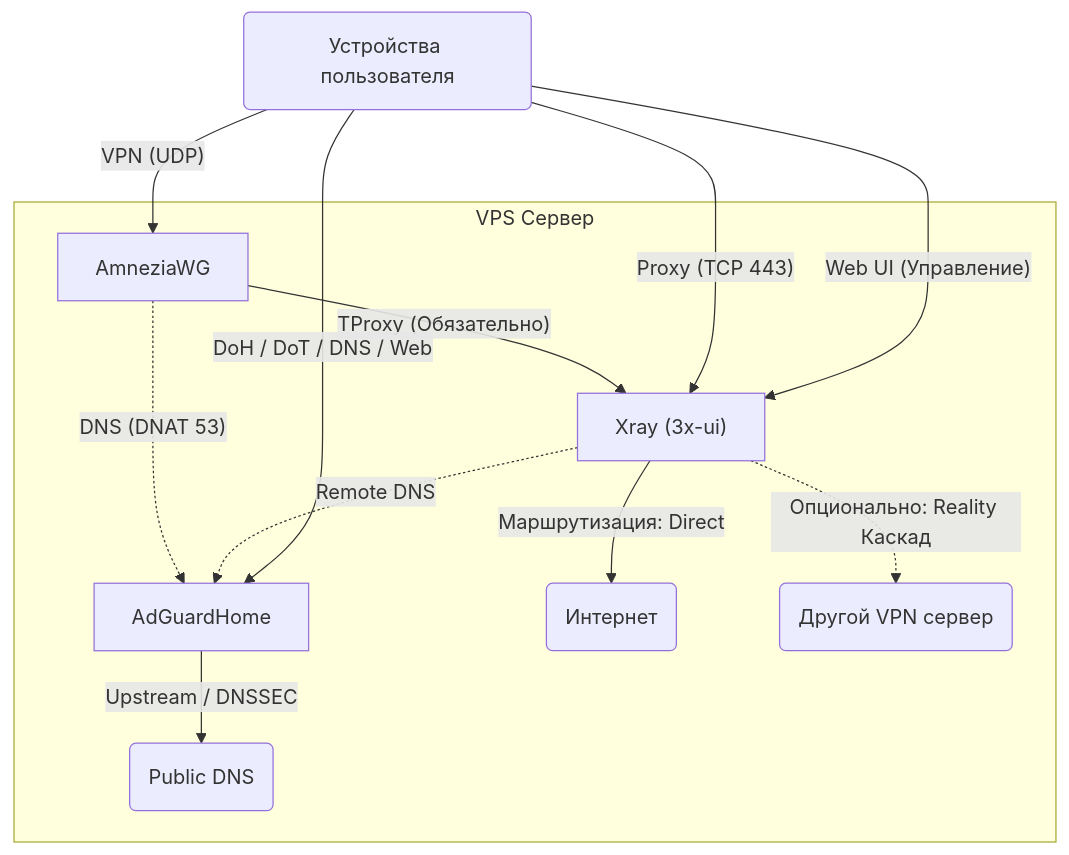
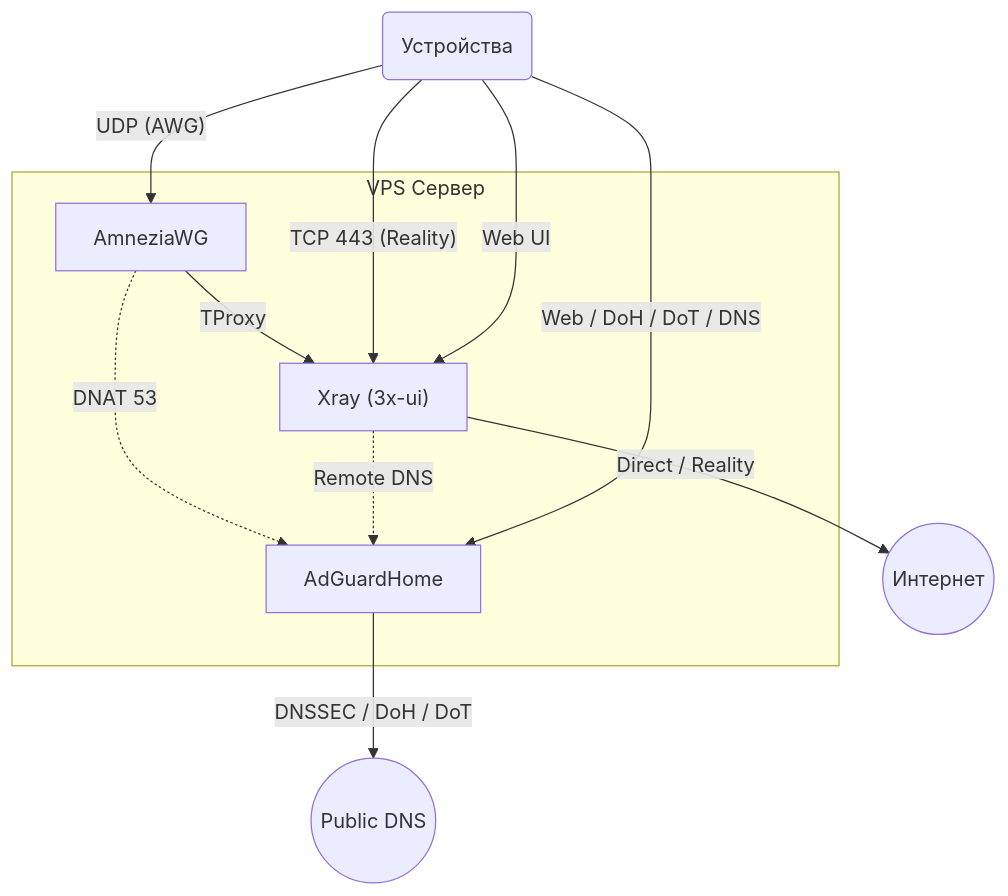
The diagram in .agents.md (SpIvanM/3x-awg-adg-bundle), drawn with Mermaid before and after one commit. The commit also changed other lines of this file, not shown here.

````diff
--- a/.agents.md
+++ b/.agents.md
@@ -60,26 +30,22 @@
 ```mermaid
 graph TD
-    Client("Устройства пользователя")
+    User("Устройства")
     
     subgraph VPS ["VPS Сервер"]
         AWG["AmneziaWG"]
         XR["Xray (3x-ui)"]
         AGH["AdGuardHome"]
-        
-        %% Трафик и каскадирование
-        AWG -->|"TProxy (Обязательно)"| XR
-        XR -->|"Маршрутизация: Direct"| Internet("Интернет")
-        XR -.->|"Опционально: Reality Каскад"| RemoteVPS("Другой VPN сервер")
-        
-        %% DNS логика
-        AWG -.->|"DNS (DNAT 53)"| AGH
+
+        AWG -->|"TProxy"| XR
+        AWG -.->|"DNAT 53"| AGH
         XR -.->|"Remote DNS"| AGH
-        AGH -->|"Upstream / DNSSEC"| Upstream("Public DNS")
     end
-    
-    %% Внешние подключения
-    Client -->|"VPN (UDP)"| AWG
-    Client -->|"Proxy (TCP 443)"| XR
-    Client -->|"DoH / DoT / DNS / Web"| AGH
-    Client -->|"Web UI (Управление)"| XR
+
+    XR -->|"Direct / Reality"| Net(("Интернет"))
+    AGH -->|"DNSSEC / DoH / DoT"| DNS(("Public DNS"))
+
+    User -->|"UDP (AWG)"| AWG
+    User -->|"TCP 443 (Reality)"| XR
+    User -->|"Web / DoH / DoT / DNS"| AGH
+    User -->|"Web UI"| XR
 ```
````
